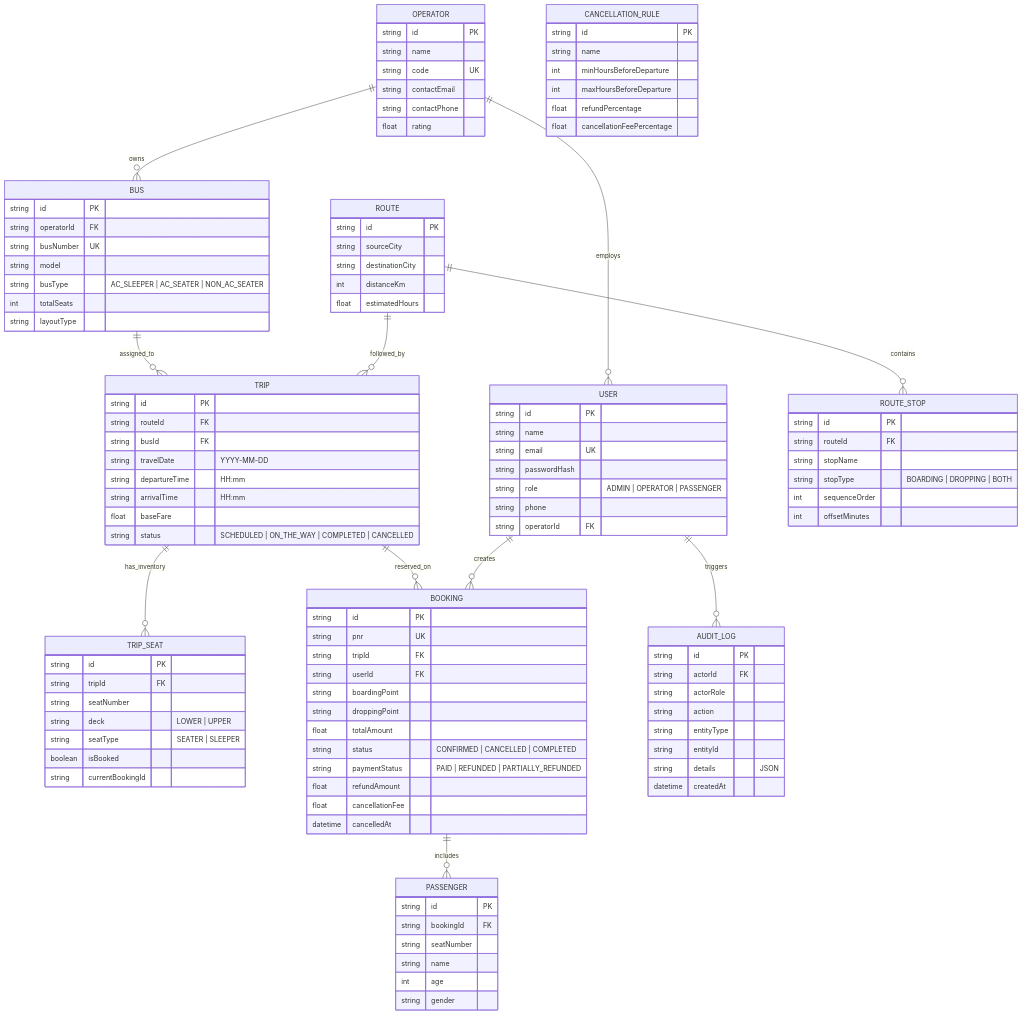
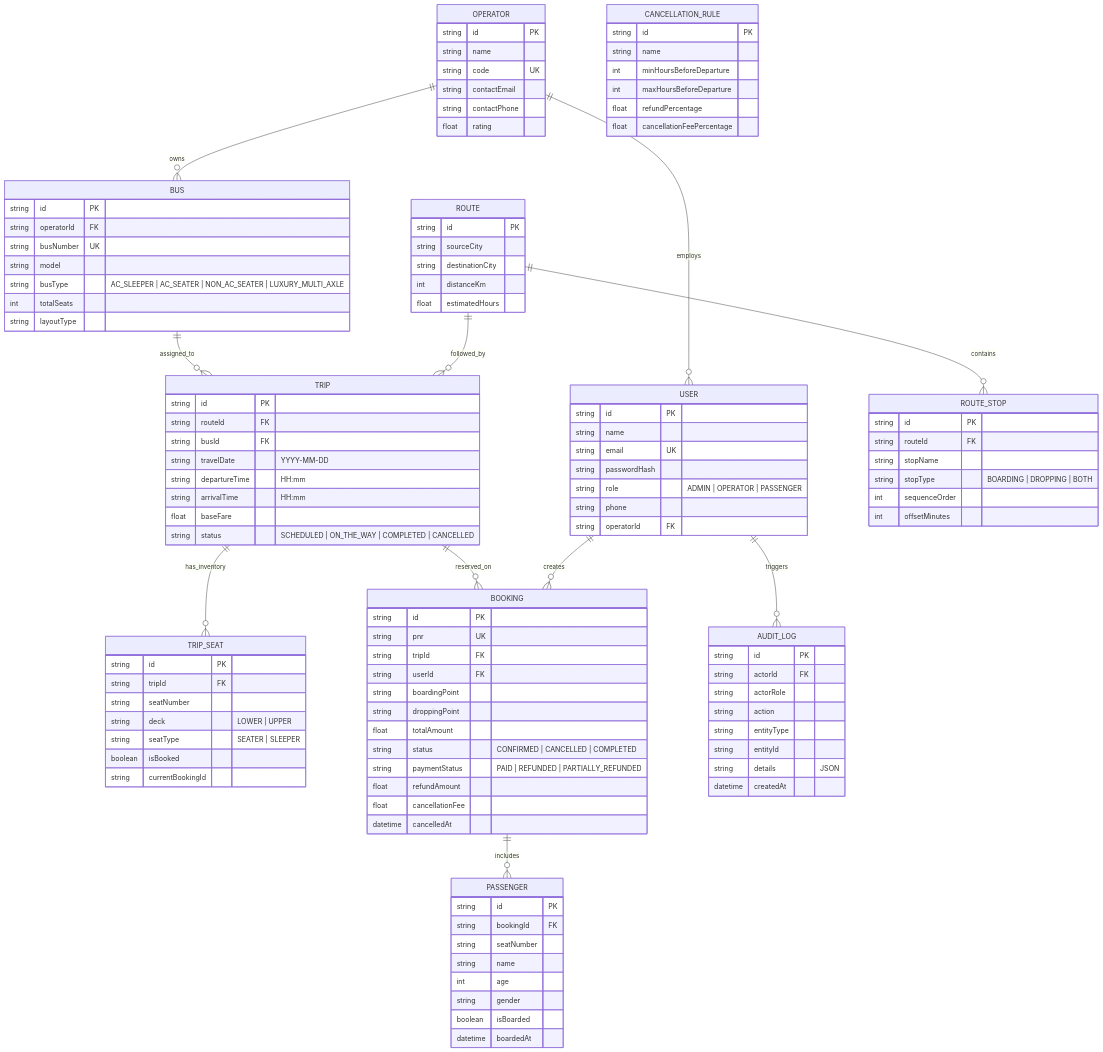
One commit to Venky14341/bus-management changed the diagram in README.md. Above: the diagram before and after it, drawn with Mermaid. The commit also changed other lines of this file and 13 other files, not shown here.

Commit message:
feat: enrich multi-operator Indian bus fleets, sorting, conductor boarding check-in, and 13/13 passing tests

```diff
--- a/README.md
+++ b/README.md
@@ -98,7 +100,7 @@
         string operatorId FK
         string busNumber UK
         string model
-        string busType "AC_SLEEPER | AC_SEATER | NON_AC_SEATER"
+        string busType "AC_SLEEPER | AC_SEATER | NON_AC_SEATER | LUXURY_MULTI_AXLE"
         int totalSeats
         string layoutType
     }
@@ -163,6 +165,8 @@
         string name
         int age
         string gender
+        boolean isBoarded
+        datetime boardedAt
     }
 
     CANCELLATION_RULE {
```
